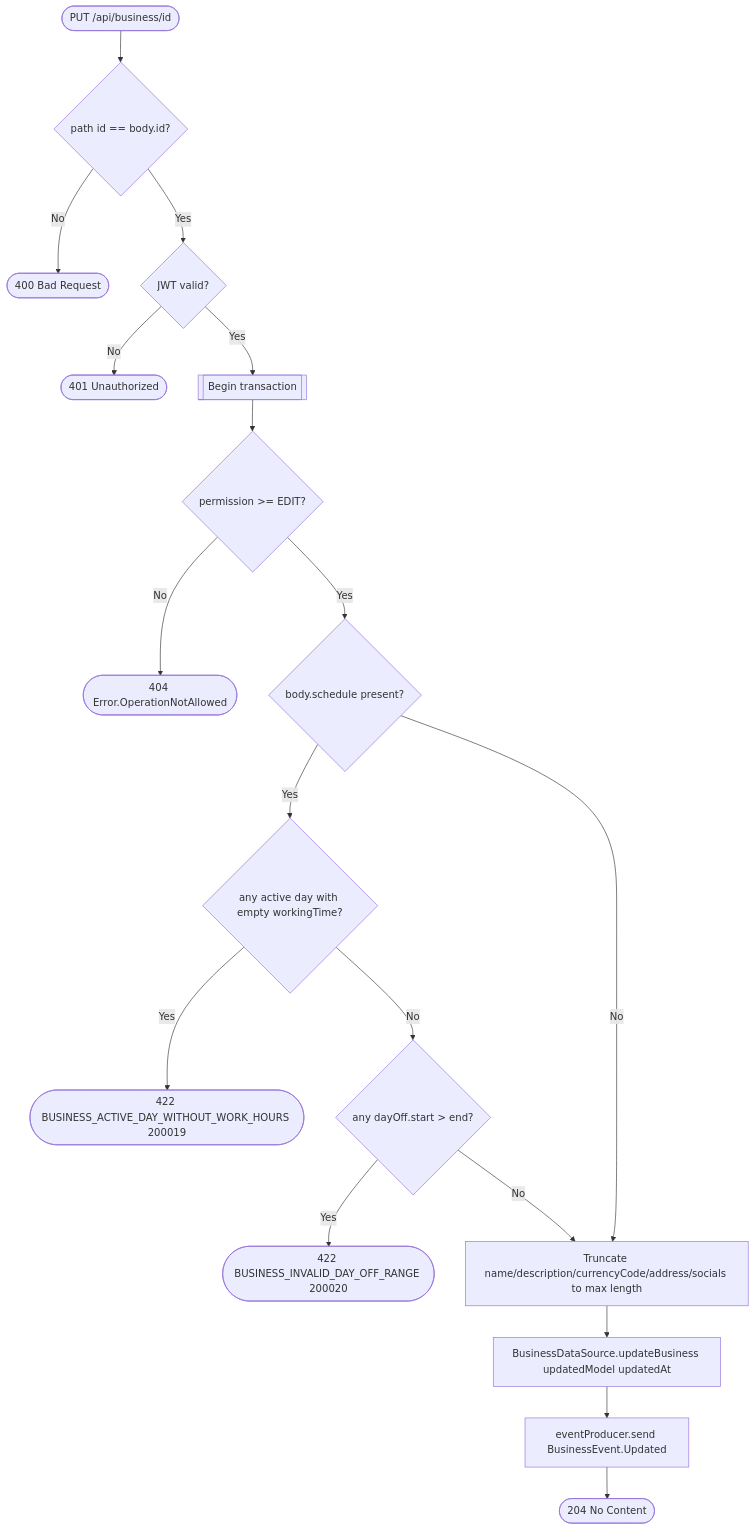
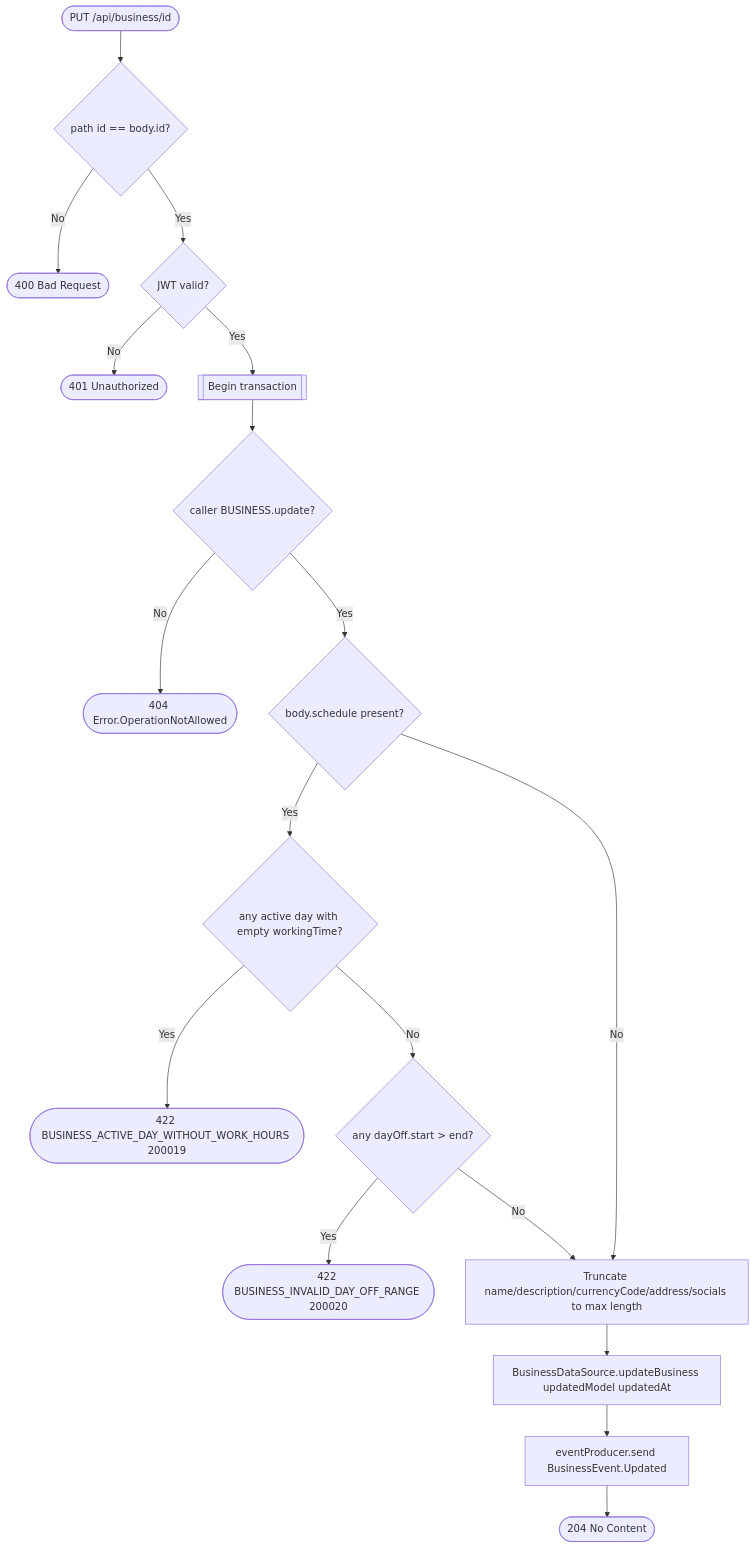
The diagram in docs/operations/business/update-business.md (an22/bookk.me-backend), drawn with Mermaid before and after one commit. The commit also changed 157 other files, not shown here.

````diff
--- a/docs/operations/business/update-business.md
+++ b/docs/operations/business/update-business.md
@@ -11,20 +11,20 @@
 ```mermaid
 flowchart TD
     Start([PUT /api/business/id]) --> PathCheck{path id == body.id?}
     PathCheck -- No --> R400a([400 Bad Request])
     PathCheck -- Yes --> Auth{JWT valid?}
     Auth -- No --> R401([401 Unauthorized])
     Auth -- Yes --> Tx[[Begin transaction]]
-    Tx --> Perm{permission >= EDIT?}
+    Tx --> Perm{caller BUSINESS.update?}
     Perm -- No --> R404([404 Error.OperationNotAllowed])
     Perm -- Yes --> ScheduleGiven{body.schedule present?}
     ScheduleGiven -- Yes --> WorkHours{any active day with empty workingTime?}
     WorkHours -- Yes --> R422a([422 BUSINESS_ACTIVE_DAY_WITHOUT_WORK_HOURS 200019])
     WorkHours -- No --> DayOffRange{any dayOff.start > end?}
     DayOffRange -- Yes --> R422b([422 BUSINESS_INVALID_DAY_OFF_RANGE 200020])
     DayOffRange -- No --> Truncate[Truncate name/description/currencyCode/address/socials to max length]
     ScheduleGiven -- No --> Truncate
     Truncate --> Update[BusinessDataSource.updateBusiness updatedModel updatedAt]
     Update --> Event[eventProducer.send BusinessEvent.Updated]
     Event --> R204([204 No Content])
 ```
````
